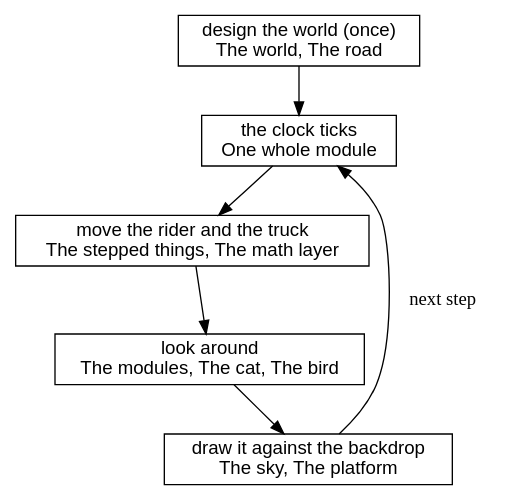
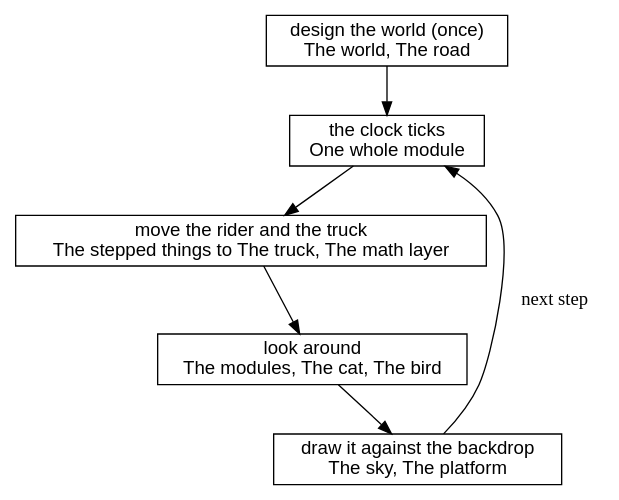
One commit to showell/roc-apps changed diagram 29 of 29 in canvas_apps/safari/tutorial/tutorial.md. Above: the diagram before and after it, drawn with Graphviz. The commit also changed other lines of this file, not shown here.

Commit message:
book: the stepped things become a stretch of rider chapters, with a new one on the gaze

````diff
--- a/canvas_apps/safari/tutorial/tutorial.md
+++ b/canvas_apps/safari/tutorial/tutorial.md
@@ -2017,15 +2129,15 @@
 ```dot
 digraph opened {
   node [shape=box, fontname="Helvetica"];
   world [label="design the world (once)\nThe world, The road"];
   tick [label="the clock ticks\nOne whole module"];
-  move [label="move the rider and the truck\nThe stepped things, The math layer"];
+  move [label="move the rider and the truck\nThe stepped things to The truck, The math layer"];
   look [label="look around\nThe modules, The cat, The bird"];
   draw [label="draw it against the backdrop\nThe sky, The platform"];
   world -> tick;
   tick -> move;
   move -> look;
   look -> draw;
   draw -> tick [label="  next step"];
 }
 ```
````
